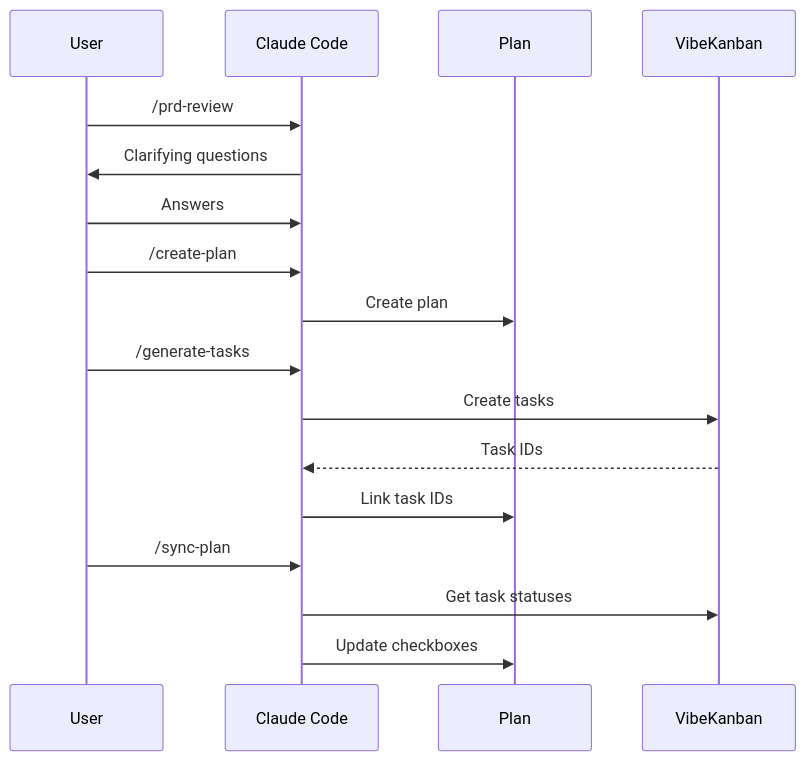
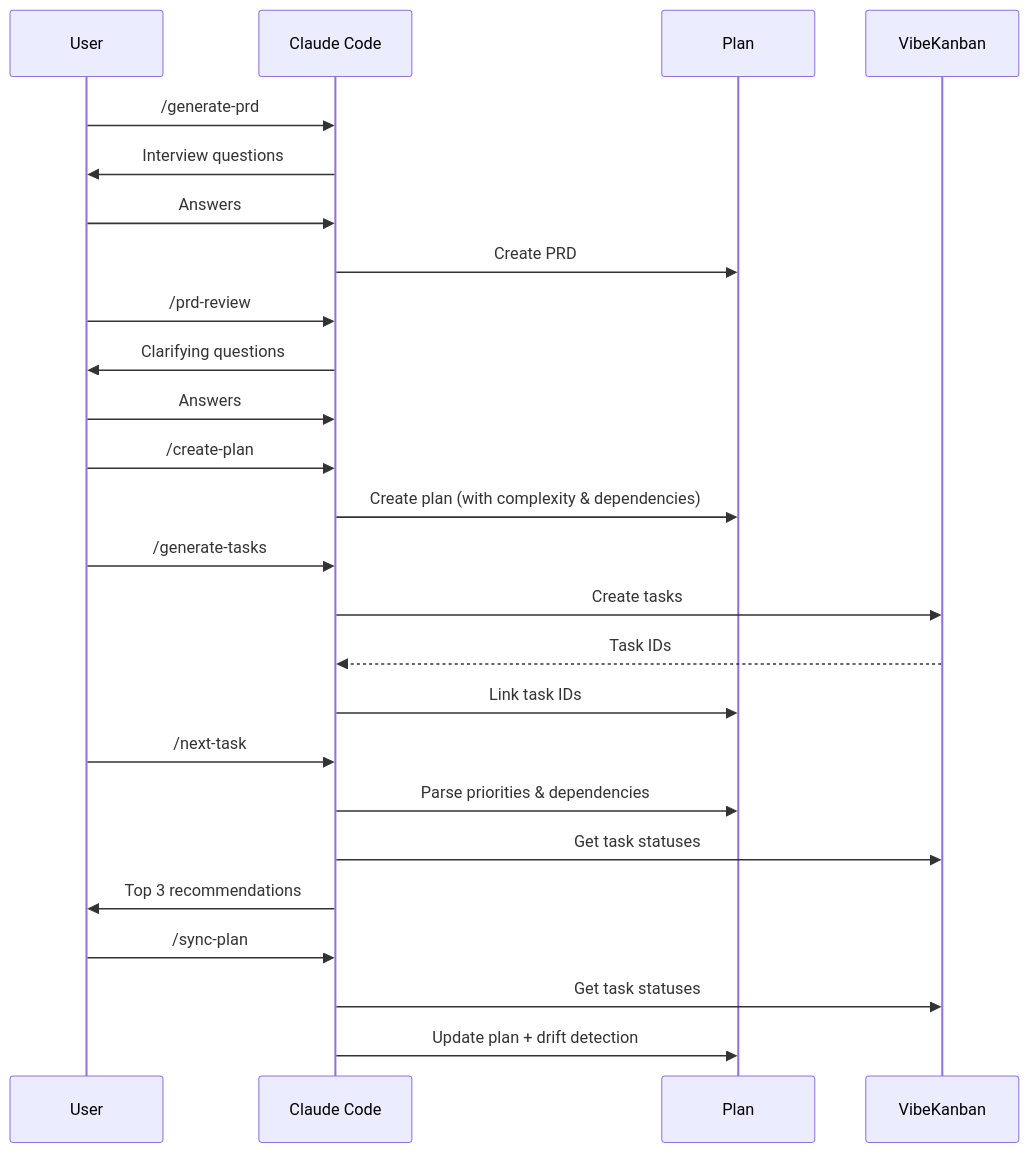
One commit to ericblue/claude-vibekanban changed the second of 3 diagrams in README.md. Above: the diagram before and after it, drawn with Mermaid. The commit also changed other lines of this file and 10 other files, not shown here.

First line of the commit message:
Add new commands, task dependencies, complexity estimates, and per-task acceptance criteria

````diff
--- a/README.md
+++ b/README.md
@@ -51,23 +56,33 @@
 ```mermaid
 sequenceDiagram
     participant U as User
     participant C as Claude Code
     participant P as Plan
     participant VK as VibeKanban
 
+    U->>C: /generate-prd
+    C->>U: Interview questions
+    U->>C: Answers
+    C->>P: Create PRD
+
     U->>C: /prd-review
     C->>U: Clarifying questions
     U->>C: Answers
 
     U->>C: /create-plan
-    C->>P: Create plan
+    C->>P: Create plan (with complexity & dependencies)
 
     U->>C: /generate-tasks
     C->>VK: Create tasks
     VK-->>C: Task IDs
     C->>P: Link task IDs
 
+    U->>C: /next-task
+    C->>P: Parse priorities & dependencies
+    C->>VK: Get task statuses
+    C->>U: Top 3 recommendations
+
     U->>C: /sync-plan
     C->>VK: Get task statuses
-    C->>P: Update checkboxes
+    C->>P: Update plan + drift detection
 ```
````
